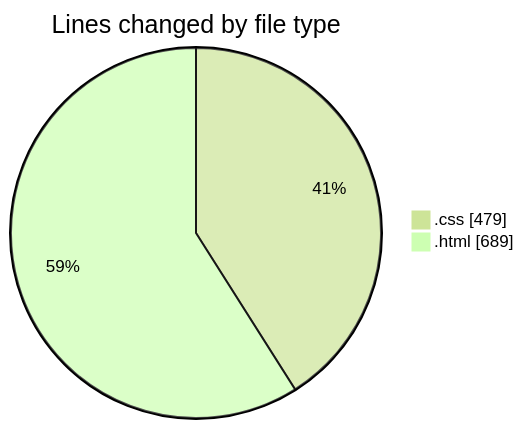
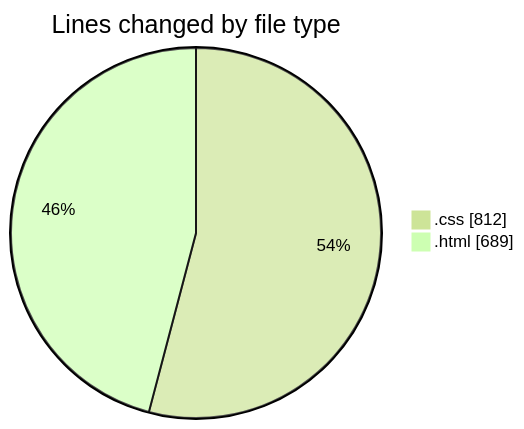
One commit to igalym/code-tracking changed the first of 2 diagrams in 2025-12-30/budget_front_nest/README.md. Above: the diagram before and after it, drawn with Mermaid (forest theme). The commit also changed other lines of this file and 1 other file, not shown here.

````diff
--- a/2025-12-30/budget_front_nest/README.md
+++ b/2025-12-30/budget_front_nest/README.md
@@ -24,6 +25,6 @@
 ```mermaid
 pie showData
 title Lines changed by file type
-".css" : 479
+".css" : 812
 ".html" : 689
 ```
````
